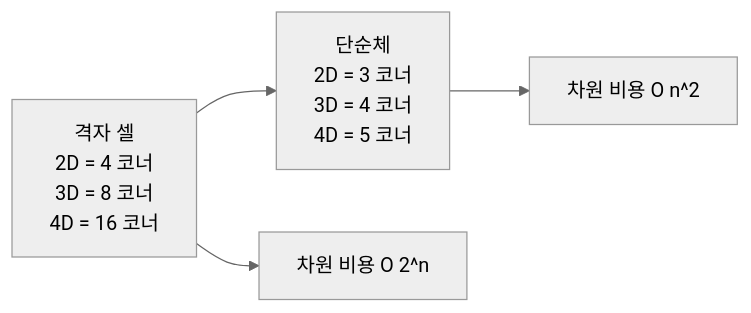
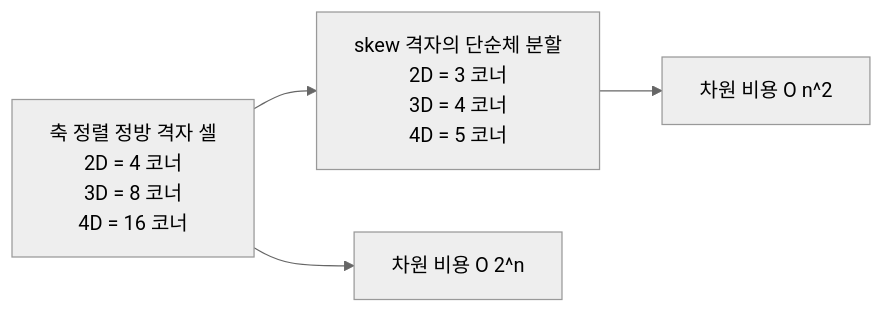
One commit to Rein-ArXiv/game-dev-curriculum changed the fourth of 7 diagrams in math/part10_procedural_noise.md. Above: the diagram before and after it, drawn with Mermaid (neutral theme). The commit also changed other lines of this file and 279 other files, not shown here.

````diff
--- a/math/part10_procedural_noise.md
+++ b/math/part10_procedural_noise.md
@@ -283,6 +283,6 @@
 ```mermaid
 flowchart LR
-    Grid[격자 셀<br/>2D = 4 코너<br/>3D = 8 코너<br/>4D = 16 코너] --> Simplex[단순체<br/>2D = 3 코너<br/>3D = 4 코너<br/>4D = 5 코너]
+    Grid[축 정렬 정방 격자 셀<br/>2D = 4 코너<br/>3D = 8 코너<br/>4D = 16 코너] --> Simplex[skew 격자의 단순체 분할<br/>2D = 3 코너<br/>3D = 4 코너<br/>4D = 5 코너]
     Grid --> Cost[차원 비용 O 2^n]
     Simplex --> Cost2[차원 비용 O n^2]
 ```
````
